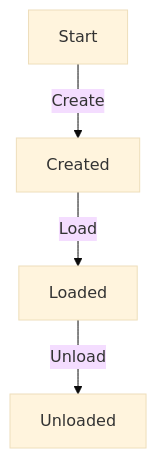
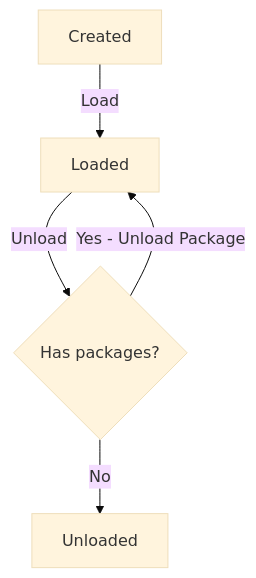
Before and after one commit to nour-s/fleet-management: the second of 2 diagrams in readme.md, drawn with Mermaid (base theme). The commit also changed other lines of this file and 1 other file, not shown here.

Commit message:
create class diagram

````diff
--- a/readme.md
+++ b/readme.md
@@ -71,6 +71,7 @@
 ```mermaid
 flowchart TD
-    A[Start] -->|Create| B[Created]
-    B -->|Load| C[Loaded]
-    C -->|Unload| D[Unloaded]
+    B[Created] -->|Load| C[Loaded]
+    C-->|Unload| D{Has packages?}
+    D -->|Yes - Unload Package| C
+    D -->|No| E[Unloaded]
 ```
````
